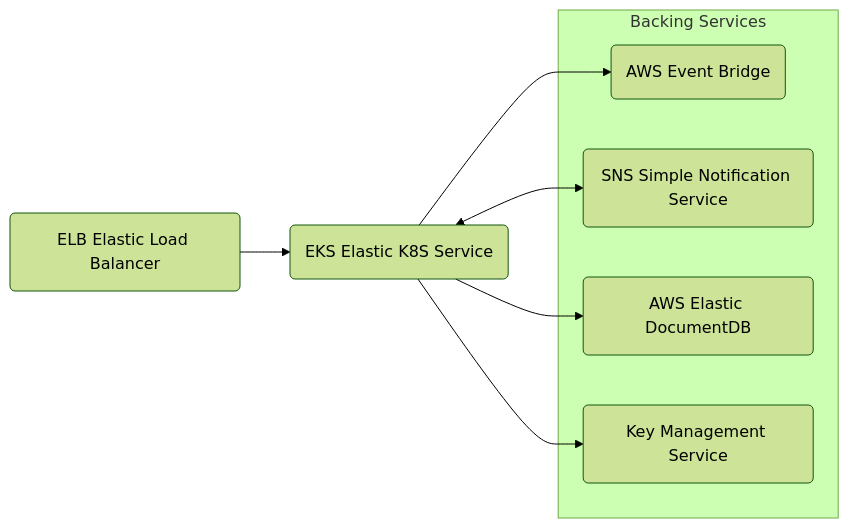
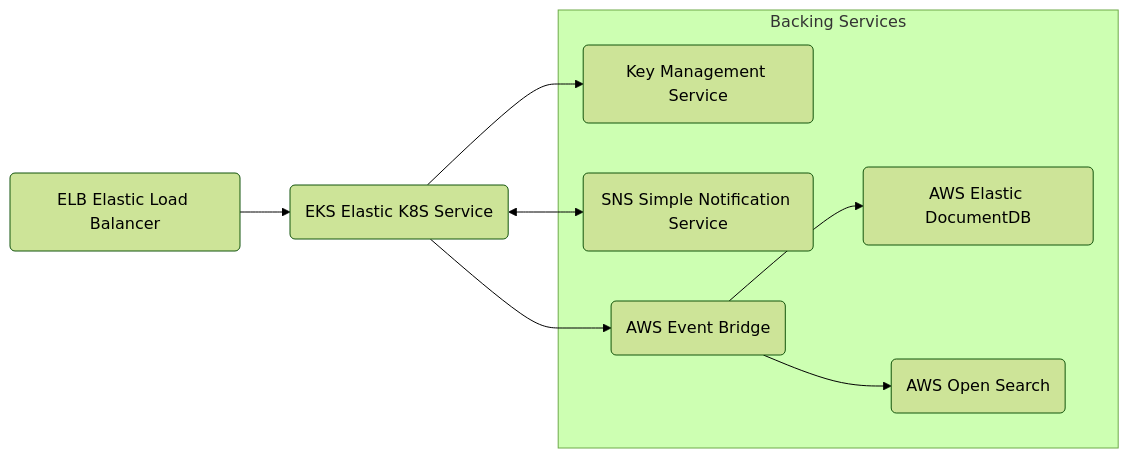
The second of 5 diagrams in specifications/ARCHITECTURE.md (agile-learning-institute/mentorHub), drawn with Mermaid (forest theme) before and after one commit. The commit also changed other lines of this file and 1 other file, not shown here.

Commit message:
Workflow Improvements, architecture tweaks

````diff
--- a/specifications/ARCHITECTURE.md
+++ b/specifications/ARCHITECTURE.md
@@ -116,16 +116,18 @@
 ```mermaid
 flowchart LR
     ELB(ELB Elastic Load Balancer)
     --> EKS(EKS Elastic K8S Service)
+    EKS --> KMS(Key Management Service)
+    EKS <--> SNS(SNS Simple Notification Service)
     EKS --> AEB(AWS Event Bridge)
-    EKS <--> SNS(SNS Simple Notification Service)
-    EKS --> EDB(AWS Elastic DocumentDB)
-    EKS --> KMS(Key Management Service)
+    AEB --> EDB(AWS Elastic DocumentDB)
+    AEB --> AOS(AWS Open Search)
     subgraph Backing Services
         AEB
         SNS
         EDB
         KMS
+        AOS
     end
 
 ```
````
